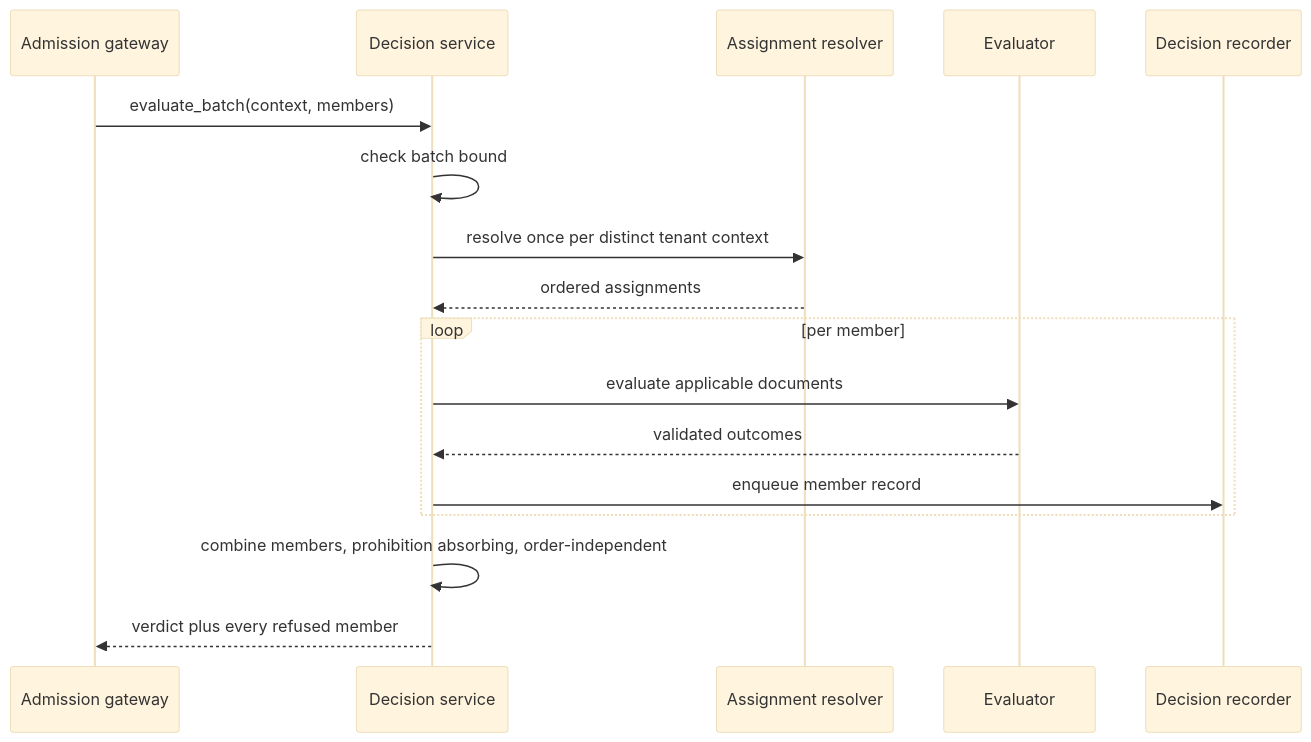
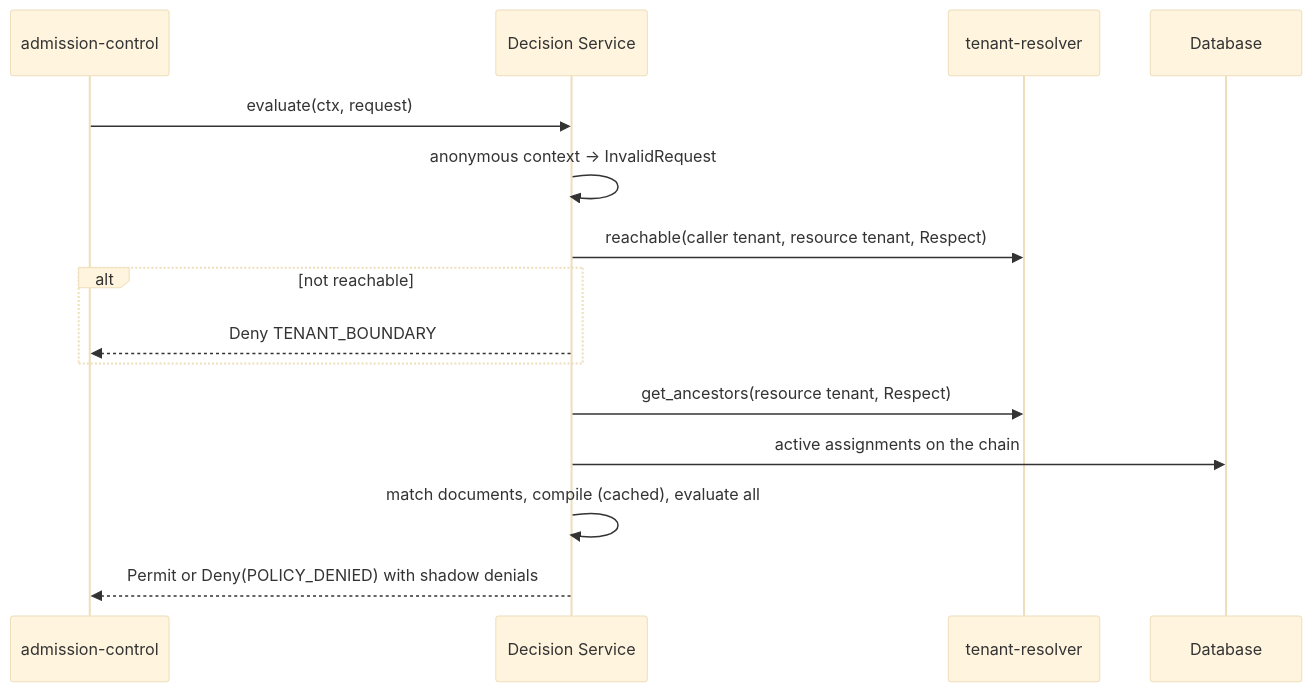
One commit to constructorfabric/gears-rust changed the second of 3 diagrams in gears/system/policy-engine/docs/DESIGN.md. Above: the diagram before and after it, drawn with Mermaid (base theme). The commit also changed other lines of this file and 129 other files, not shown here.

Commit message:
feat: add the admission-control and policy-engine gears, backed by Rego evaluation

````diff
--- a/gears/system/policy-engine/docs/DESIGN.md
+++ b/gears/system/policy-engine/docs/DESIGN.md
@@ -855,19 +350,17 @@
 ```mermaid
 sequenceDiagram
-    participant C as Admission gateway
-    participant D as Decision service
-    participant A as Assignment resolver
-    participant E as Evaluator
-    participant R as Decision recorder
-    C ->> D: evaluate_batch(context, members)
-    D ->> D: check batch bound
-    D ->> A: resolve once per distinct tenant context
-    A -->> D: ordered assignments
-    loop per member
-        D ->> E: evaluate applicable documents
-        E -->> D: validated outcomes
-        D ->> R: enqueue member record
+    participant G as admission-control
+    participant P as Decision Service
+    participant H as tenant-resolver
+    participant D as Database
+    G ->> P: evaluate(ctx, request)
+    P ->> P: anonymous context -> InvalidRequest
+    P ->> H: reachable(caller tenant, resource tenant, Respect)
+    alt not reachable
+        P -->> G: Deny TENANT_BOUNDARY
     end
-    D ->> D: combine members, prohibition absorbing, order-independent
-    D -->> C: verdict plus every refused member
+    P ->> H: get_ancestors(resource tenant, Respect)
+    P ->> D: active assignments on the chain
+    P ->> P: match documents, compile (cached), evaluate all
+    P -->> G: Permit or Deny(POLICY_DENIED) with shadow denials
 ```
````
